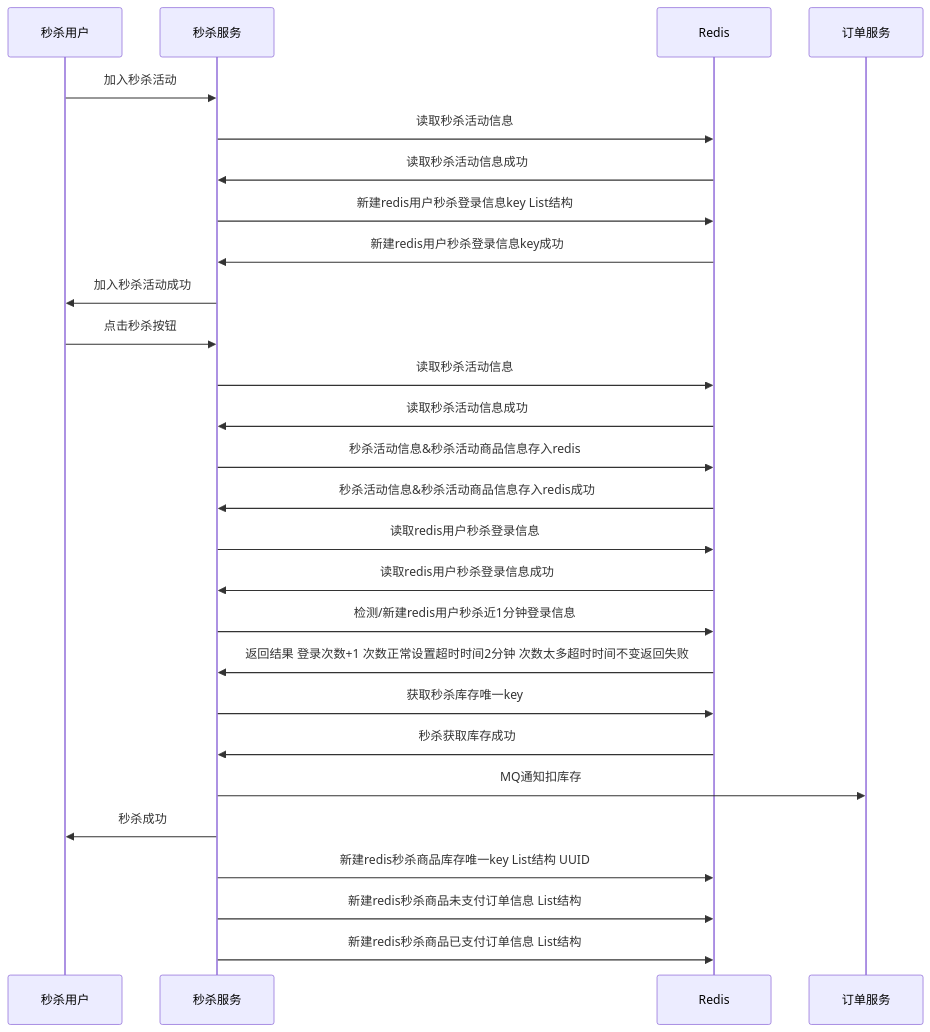
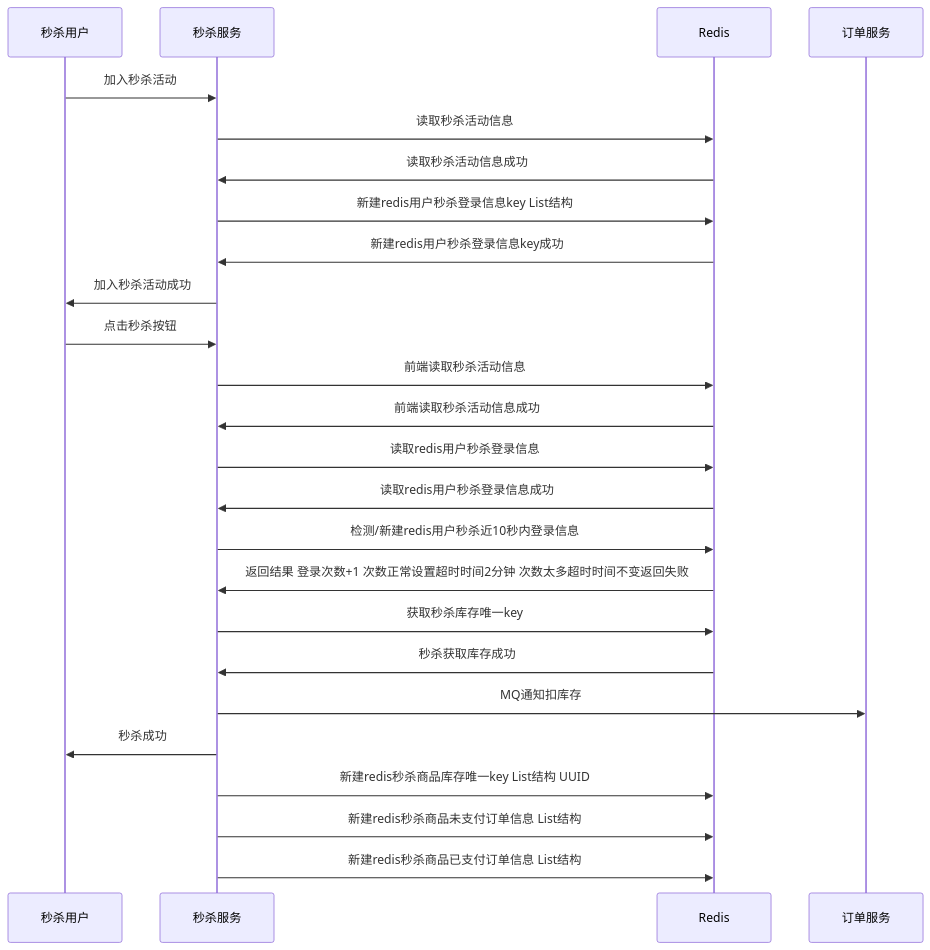
Before and after one commit to includeno/killsystem: the eighth of 8 diagrams in README.md, drawn with Mermaid. The commit also changed 4 other files, not shown here.

````diff
--- a/README.md
+++ b/README.md
@@ -178,34 +178,32 @@
 ```mermaid
 sequenceDiagram
 		participant User as 秒杀用户
     participant A as 秒杀服务
     participant R as Redis
     participant J as 订单服务
     User->>A:加入秒杀活动
     A->>R: 读取秒杀活动信息
     R->>A: 读取秒杀活动信息成功
     A->>R: 新建redis用户秒杀登录信息key List结构
     R->>A: 新建redis用户秒杀登录信息key成功
     A->>User:加入秒杀活动成功
     
     User->>A:点击秒杀按钮
-    A->>R: 读取秒杀活动信息
-    R->>A: 读取秒杀活动信息成功
-    A->>R: 秒杀活动信息&秒杀活动商品信息存入redis
-    R->>A: 秒杀活动信息&秒杀活动商品信息存入redis成功
+    A->>R: 前端读取秒杀活动信息
+    R->>A: 前端读取秒杀活动信息成功
     A->>R: 读取redis用户秒杀登录信息
     R->>A: 读取redis用户秒杀登录信息成功
     
-    A->>R: 检测/新建redis用户秒杀近1分钟登录信息 
+    A->>R: 检测/新建redis用户秒杀近10秒内登录信息 
     R->>A: 返回结果 登录次数+1 次数正常设置超时时间2分钟 次数太多超时时间不变返回失败
     
     A->>R: 获取秒杀库存唯一key
     R->>A: 秒杀获取库存成功
     A->>J: MQ通知扣库存
     A->>User:秒杀成功
     
     
     A->>R: 新建redis秒杀商品库存唯一key List结构 UUID
     A->>R: 新建redis秒杀商品未支付订单信息 List结构
     A->>R: 新建redis秒杀商品已支付订单信息 List结构
 ```
````
